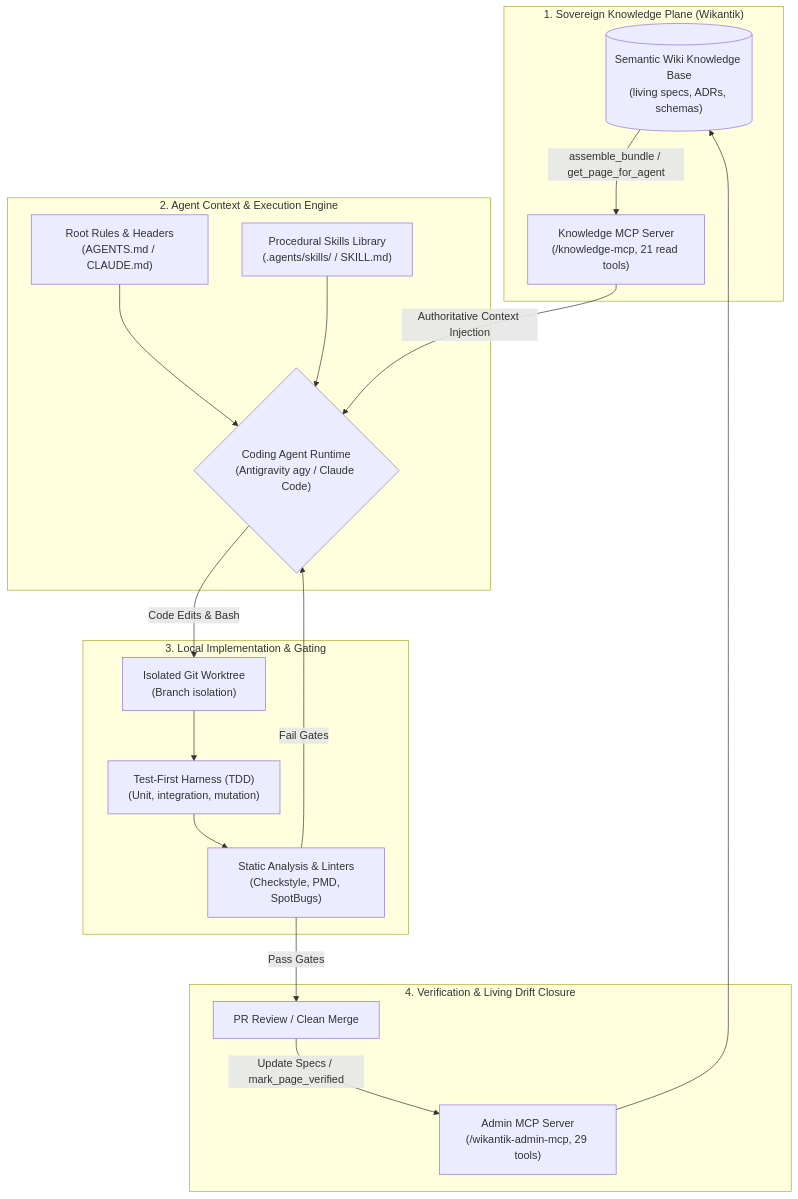
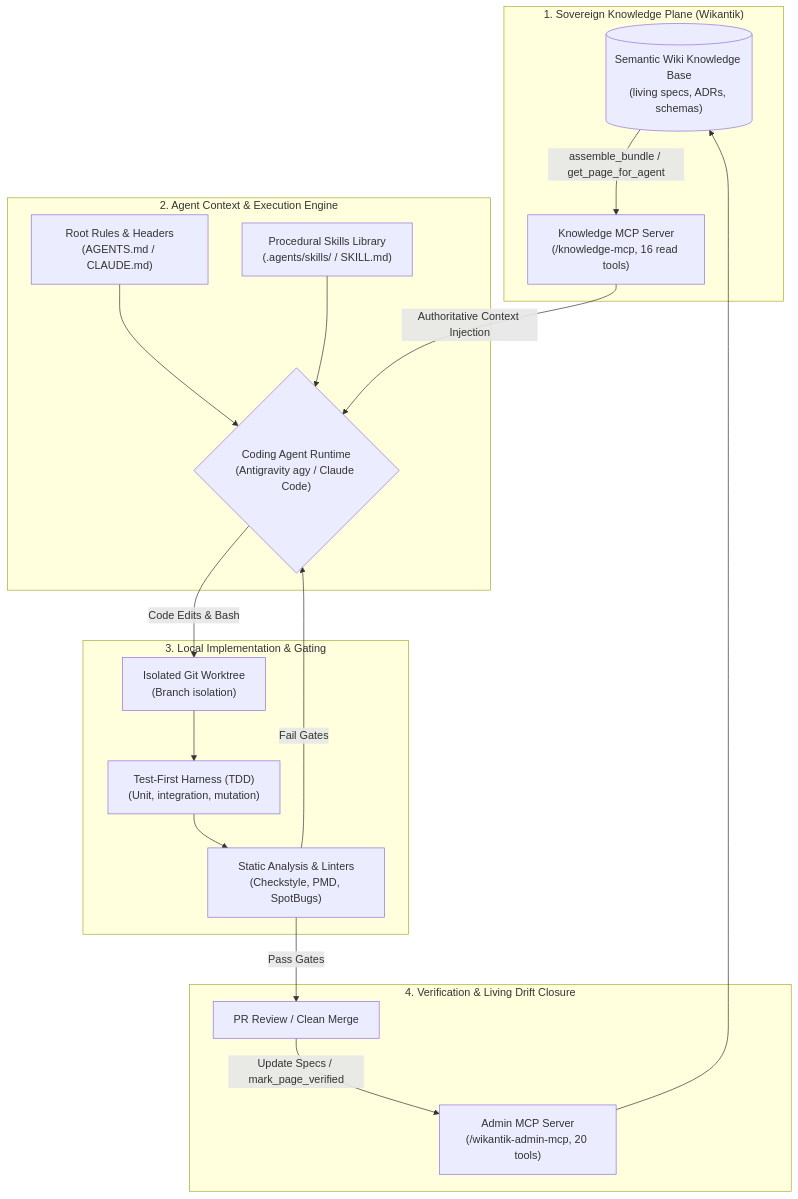
One commit to jakefearsd/wikantik changed the diagram in docs/wikantik-pages/AgenticCodingHub.md. Above: the diagram before and after it, drawn with Mermaid. The commit also changed other lines of this file and 702 other files, not shown here.

First line of the commit message:
feat(kg): delete the Knowledge Graph (step 2): code, tables (V070), ontology entity layer, KG docs retired

````diff
--- a/docs/wikantik-pages/AgenticCodingHub.md
+++ b/docs/wikantik-pages/AgenticCodingHub.md
@@ -47,35 +46,35 @@
 ```mermaid
 flowchart TD
     subgraph Sovereign_Knowledge["1. Sovereign Knowledge Plane (Wikantik)"]
         WIKI[("Semantic Wiki Knowledge Base<br/>(living specs, ADRs, schemas)")]
-        MCP_K["Knowledge MCP Server<br/>(/knowledge-mcp, 21 read tools)"]
+        MCP_K["Knowledge MCP Server<br/>(/knowledge-mcp, 16 read tools)"]
         WIKI -->|assemble_bundle / get_page_for_agent| MCP_K
     end
 
     subgraph Agent_Harness["2. Agent Context & Execution Engine"]
         RULES["Root Rules & Headers<br/>(AGENTS.md / CLAUDE.md)"]
         SKILLS["Procedural Skills Library<br/>(.agents/skills/ / SKILL.md)"]
         AGENT{"Coding Agent Runtime<br/>(Antigravity agy / Claude Code)"}
         
         RULES --> AGENT
         SKILLS --> AGENT
         MCP_K -->|Authoritative Context Injection| AGENT
     end
 
     subgraph Implementation_Plane["3. Local Implementation & Gating"]
         WT["Isolated Git Worktree<br/>(Branch isolation)"]
         TESTS["Test-First Harness (TDD)<br/>(Unit, integration, mutation)"]
         LINT["Static Analysis & Linters<br/>(Checkstyle, PMD, SpotBugs)"]
         AGENT -->|Code Edits & Bash| WT
         WT --> TESTS
         TESTS --> LINT
     end
 
     subgraph Feedback_and_Close["4. Verification & Living Drift Closure"]
-        MCP_A["Admin MCP Server<br/>(/wikantik-admin-mcp, 29 tools)"]
+        MCP_A["Admin MCP Server<br/>(/wikantik-admin-mcp, 20 tools)"]
         LINT -->|Pass Gates| MERGE[PR Review / Clean Merge]
         LINT -->|Fail Gates| AGENT
         MERGE -->|Update Specs / mark_page_verified| MCP_A
         MCP_A --> WIKI
     end
 ```
````
